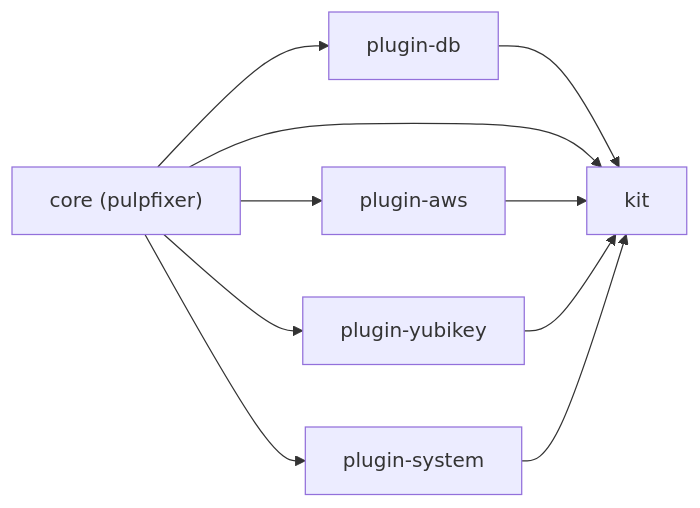
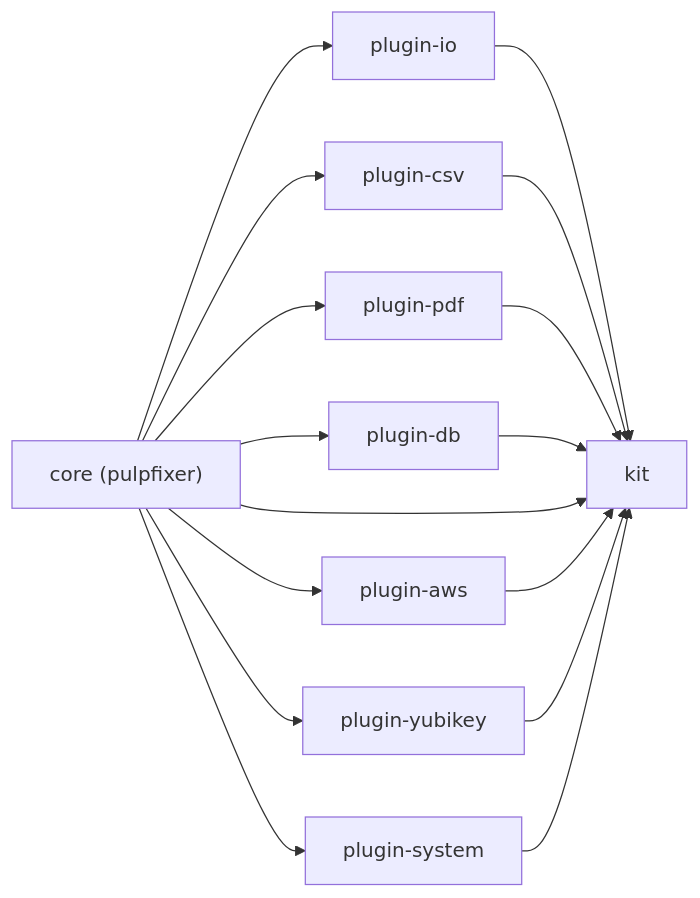
The diagram in packages/docs/content/development/index.mdx (maxispecs/pf), drawn with Mermaid before and after one commit. The commit also changed other lines of this file and 156 other files, not shown here.

Commit message:
io, csv, pdf, pf g

````diff
--- a/packages/docs/content/development/index.mdx
+++ b/packages/docs/content/development/index.mdx
@@ -23,12 +26,18 @@
 ```mermaid
 flowchart LR
   core["core (pulpfixer)"] --> awsPlugin[plugin-aws]
   core --> ykPlugin[plugin-yubikey]
   core --> sysPlugin[plugin-system]
   core --> dbPlugin[plugin-db]
+  core --> ioPlugin[plugin-io]
+  core --> csvPlugin[plugin-csv]
+  core --> pdfPlugin[plugin-pdf]
+  ioPlugin --> kit
+  csvPlugin --> kit
+  pdfPlugin --> kit
   dbPlugin --> kit
   core --> kit
   awsPlugin --> kit
   ykPlugin --> kit
   sysPlugin --> kit
 ```
````
